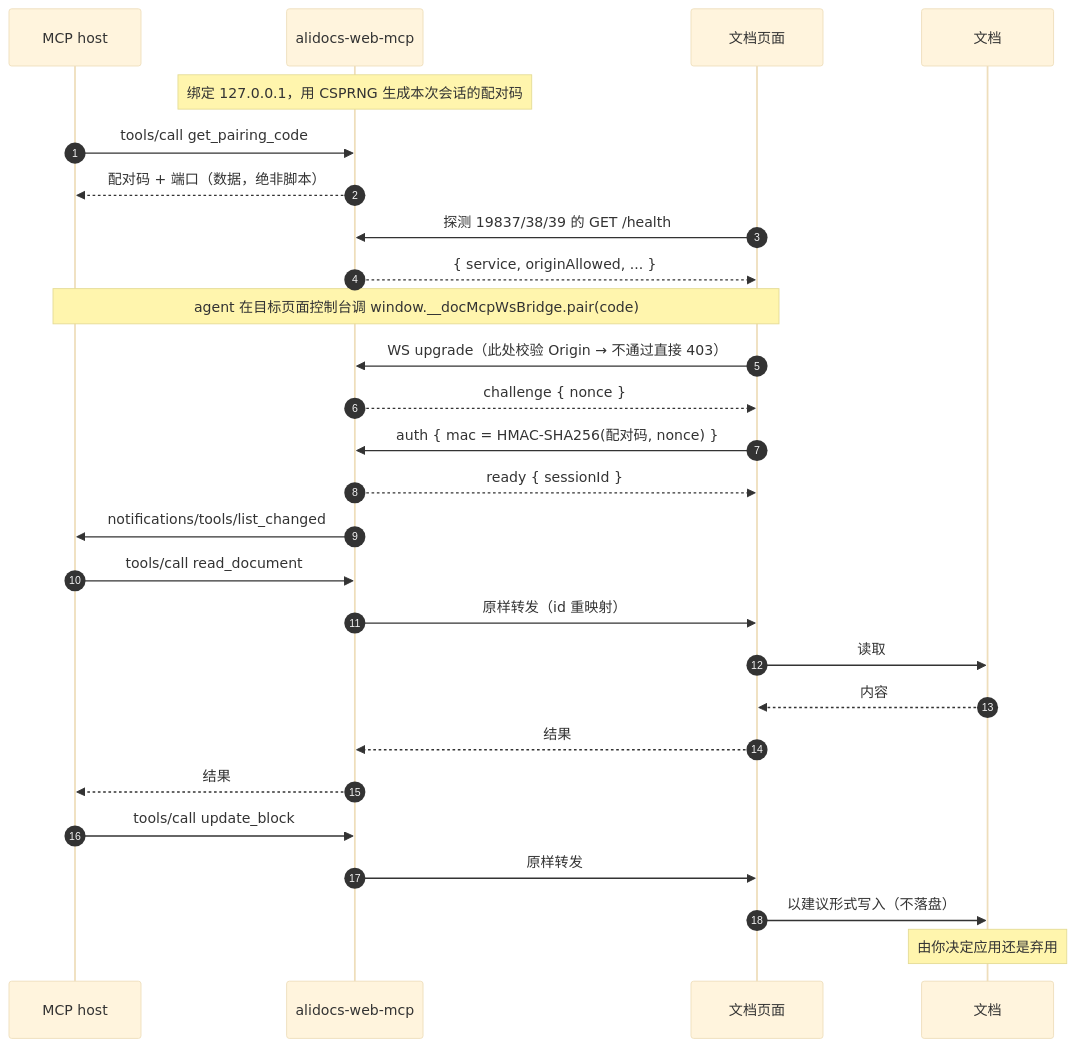
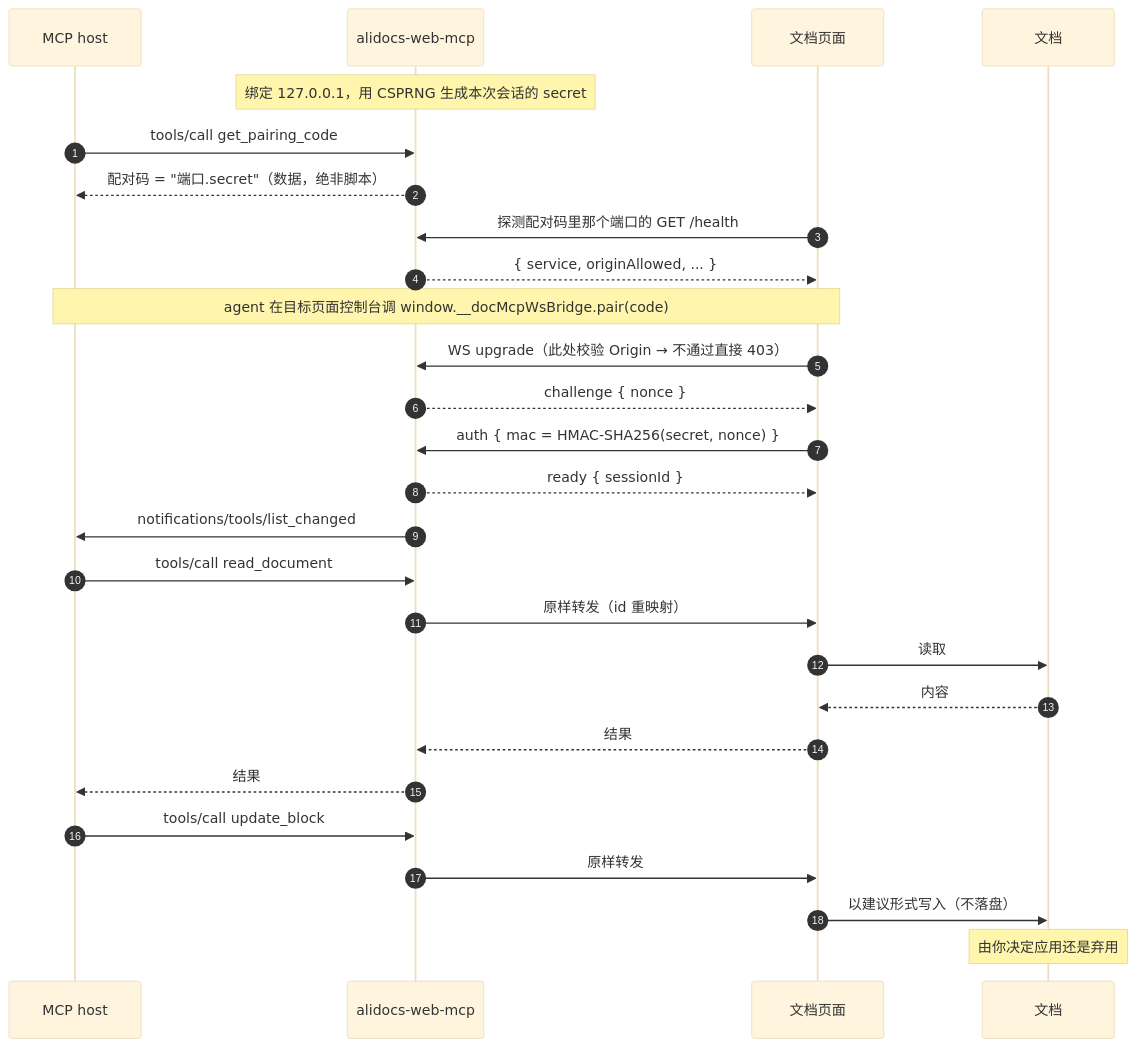
One commit to magical-index/alidocs-web-mcp changed the second of 2 diagrams in README.zh-CN.md. Above: the diagram before and after it, drawn with Mermaid (base theme). The commit also changed other lines of this file and 11 other files, not shown here.

````diff
--- a/README.zh-CN.md
+++ b/README.zh-CN.md
@@ -120,36 +141,36 @@
 ```mermaid
 sequenceDiagram
     autonumber
     participant H as MCP host
     participant B as alidocs-web-mcp
     participant P as 文档页面
     participant D as 文档
 
-    Note over B: 绑定 127.0.0.1，用 CSPRNG 生成本次会话的配对码
+    Note over B: 绑定 127.0.0.1，用 CSPRNG 生成本次会话的 secret
 
     H->>B: tools/call get_pairing_code
-    B-->>H: 配对码 + 端口（数据，绝非脚本）
+    B-->>H: 配对码 = "端口.secret"（数据，绝非脚本）
 
-    P->>B: 探测 19837/38/39 的 GET /health
+    P->>B: 探测配对码里那个端口的 GET /health
     B-->>P: { service, originAllowed, ... }
 
     Note over H,P: agent 在目标页面控制台调 window.__docMcpWsBridge.pair(code)
 
     P->>B: WS upgrade（此处校验 Origin → 不通过直接 403）
     B-->>P: challenge { nonce }
-    P->>B: auth { mac = HMAC-SHA256(配对码, nonce) }
+    P->>B: auth { mac = HMAC-SHA256(secret, nonce) }
     B-->>P: ready { sessionId }
     B->>H: notifications/tools/list_changed
 
     H->>B: tools/call read_document
     B->>P: 原样转发（id 重映射）
     P->>D: 读取
     D-->>P: 内容
     P-->>B: 结果
     B-->>H: 结果
 
     H->>B: tools/call update_block
     B->>P: 原样转发
     P->>D: 以建议形式写入（不落盘）
     Note over D: 由你决定应用还是弃用
 ```
````
